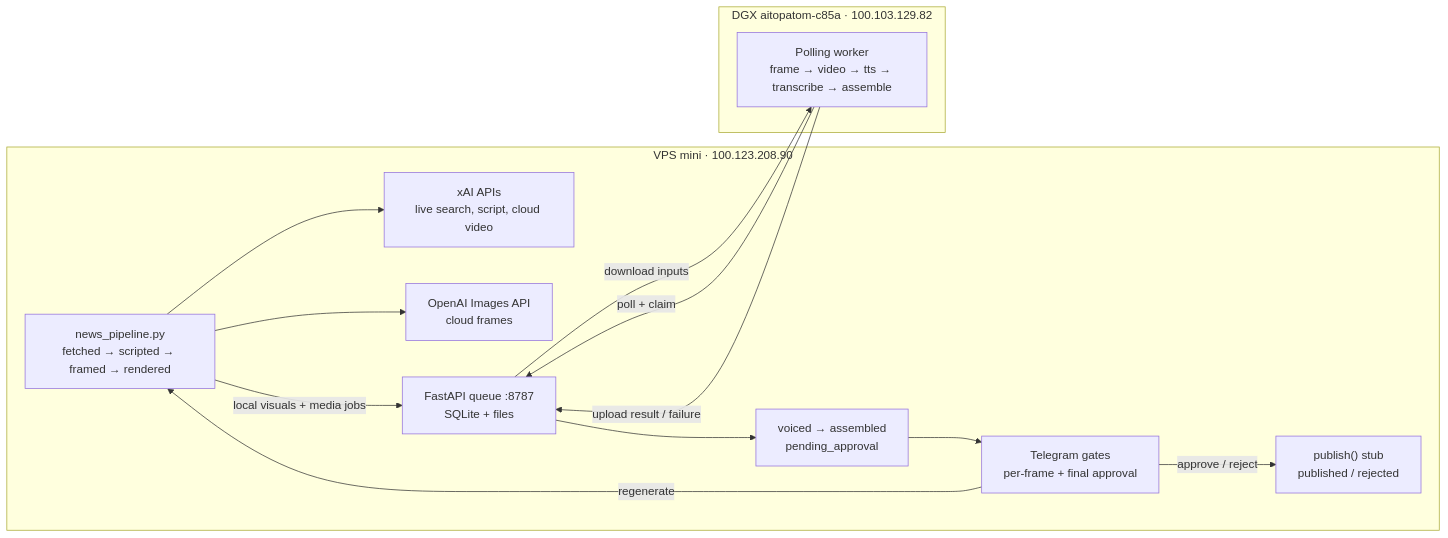
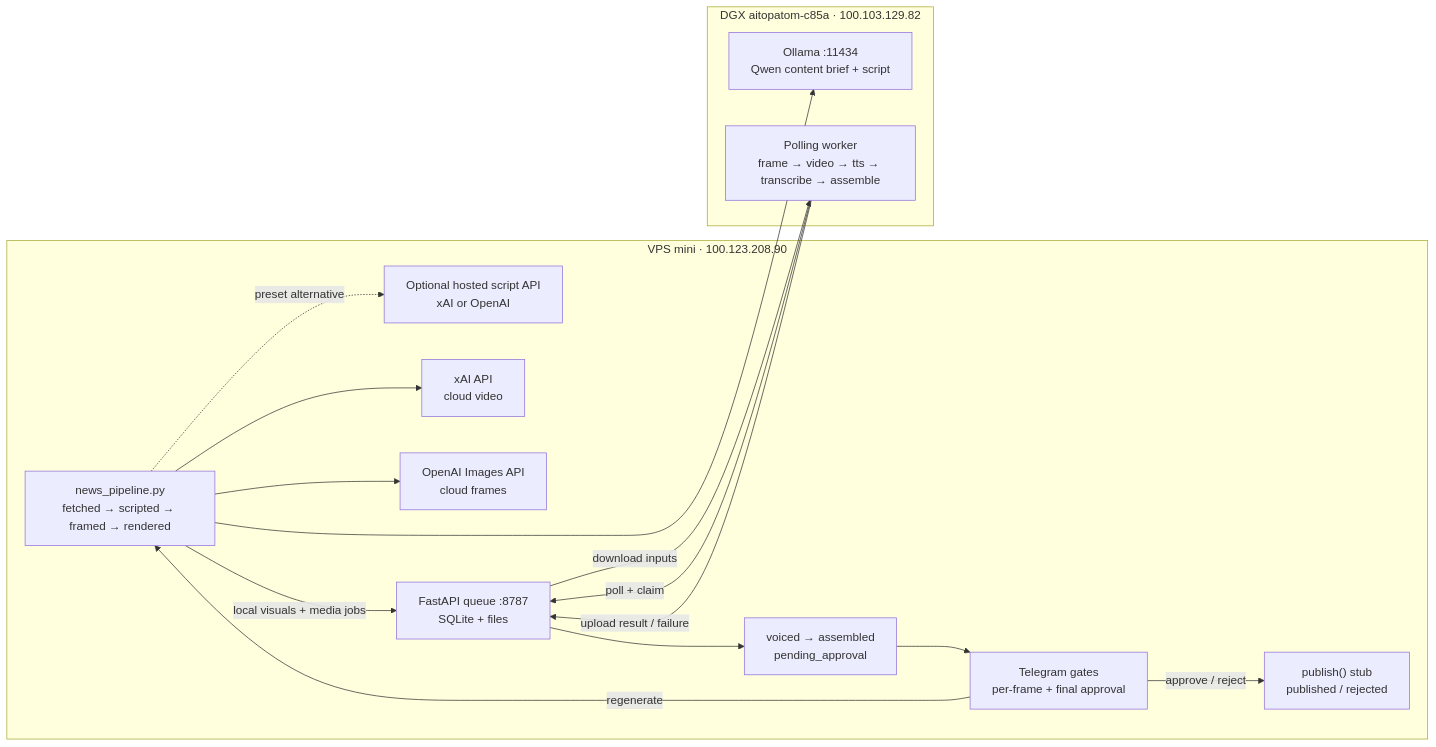
Before and after one commit to Tacdelgineer/framegate: the diagram in docs/ARCHITECTURE.md, drawn with Mermaid. The commit also changed other lines of this file and 6 other files, not shown here.

````diff
--- a/docs/ARCHITECTURE.md
+++ b/docs/ARCHITECTURE.md
@@ -35,27 +37,31 @@
 ```mermaid
 flowchart LR
     subgraph VPS["VPS mini · 100.123.208.90"]
         P["news_pipeline.py<br/>fetched → scripted → framed → rendered"]
-        X["xAI APIs<br/>live search, script, cloud video"]
+        X["Optional hosted script API<br/>xAI or OpenAI"]
+        V["xAI API<br/>cloud video"]
         O["OpenAI Images API<br/>cloud frames"]
         Q["FastAPI queue :8787<br/>SQLite + files"]
         A["voiced → assembled<br/>pending_approval"]
         T["Telegram gates<br/>per-frame + final approval"]
         U["publish() stub<br/>published / rejected"]
     end
 
     subgraph DGX["DGX aitopatom-c85a · 100.103.129.82"]
+        L["Ollama :11434<br/>Qwen content brief + script"]
         W["Polling worker<br/>frame → video → tts → transcribe → assemble"]
     end
 
-    P --> X
+    P --> L
+    P -. preset alternative .-> X
+    P --> V
     P --> O
     P -->|local visuals + media jobs| Q
     W -->|poll + claim| Q
     Q -->|download inputs| W
     W -->|upload result / failure| Q
     Q --> A
     A --> T
     T -->|approve / reject| U
     T -->|regenerate| P
 ```
````
